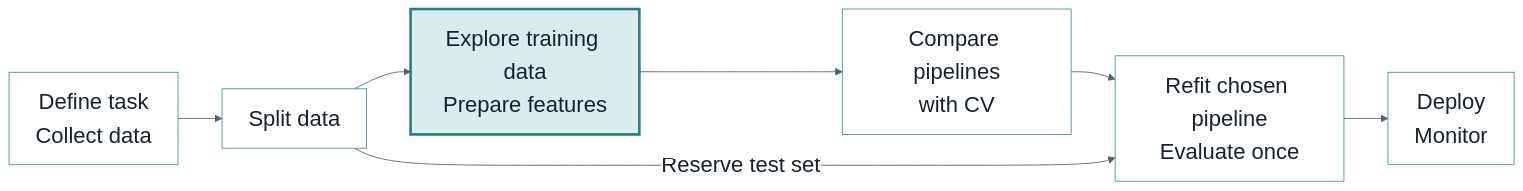
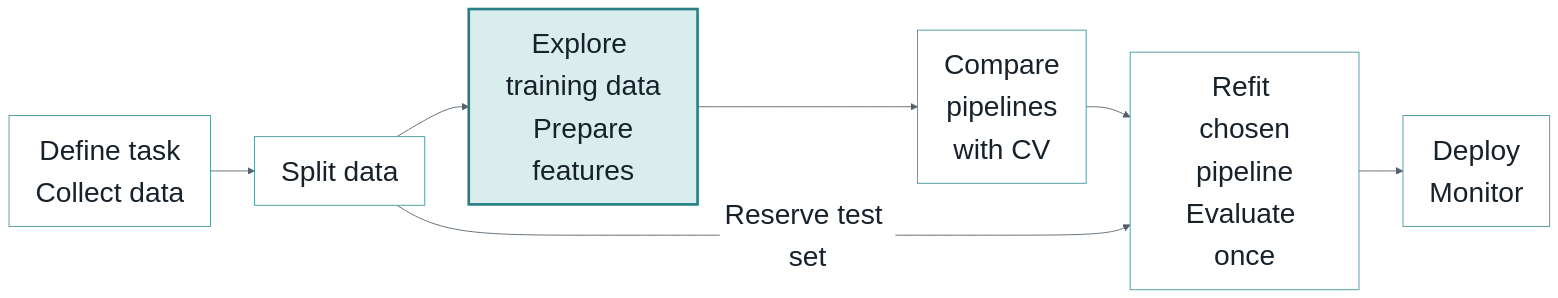
One commit to kvarada/cpsc330-slides changed the first of 3 diagrams in website/slides/slides-05-preprocessing-pipelines.qmd. Above: the diagram before and after it, drawn with Mermaid. The commit also changed other lines of this file, not shown here.

````diff
--- a/website/slides/slides-05-preprocessing-pipelines.qmd
+++ b/website/slides/slides-05-preprocessing-pipelines.qmd
@@ -41,11 +41,11 @@
 ```{mermaid}
-%%{init: {'theme': 'base', 'themeVariables': {'fontFamily': 'sans-serif', 'fontSize': '25px', 'primaryColor': '#ffffff', 'primaryTextColor': '#17212b', 'primaryBorderColor': '#419599', 'lineColor': '#52616b'}}}%%
+%%{init: {'theme': 'base', 'themeVariables': {'fontFamily': 'sans-serif', 'fontSize': '32px', 'primaryColor': '#ffffff', 'primaryTextColor': '#17212b', 'primaryBorderColor': '#419599', 'lineColor': '#52616b'}}}%%
 flowchart LR
     A["Define task<br/>Collect data"] --> B["Split data"]
-    B --> C["Explore training data<br/>Prepare features"]
-    C --> D["Compare pipelines<br/>with CV"]
-    D --> E["Refit chosen pipeline<br/>Evaluate once"]
+    B --> C["Explore <br/> training data <br/> Prepare features"]
+    C --> D["Compare <br>pipelines<br/>with CV"]
+    D --> E["Refit <br/> chosen pipeline<br/>Evaluate once"]
     B -->|Reserve test set| E
     E --> F["Deploy<br/>Monitor"]
     style C fill:#d9eded,stroke:#287f83,stroke-width:3px
 ```
````
